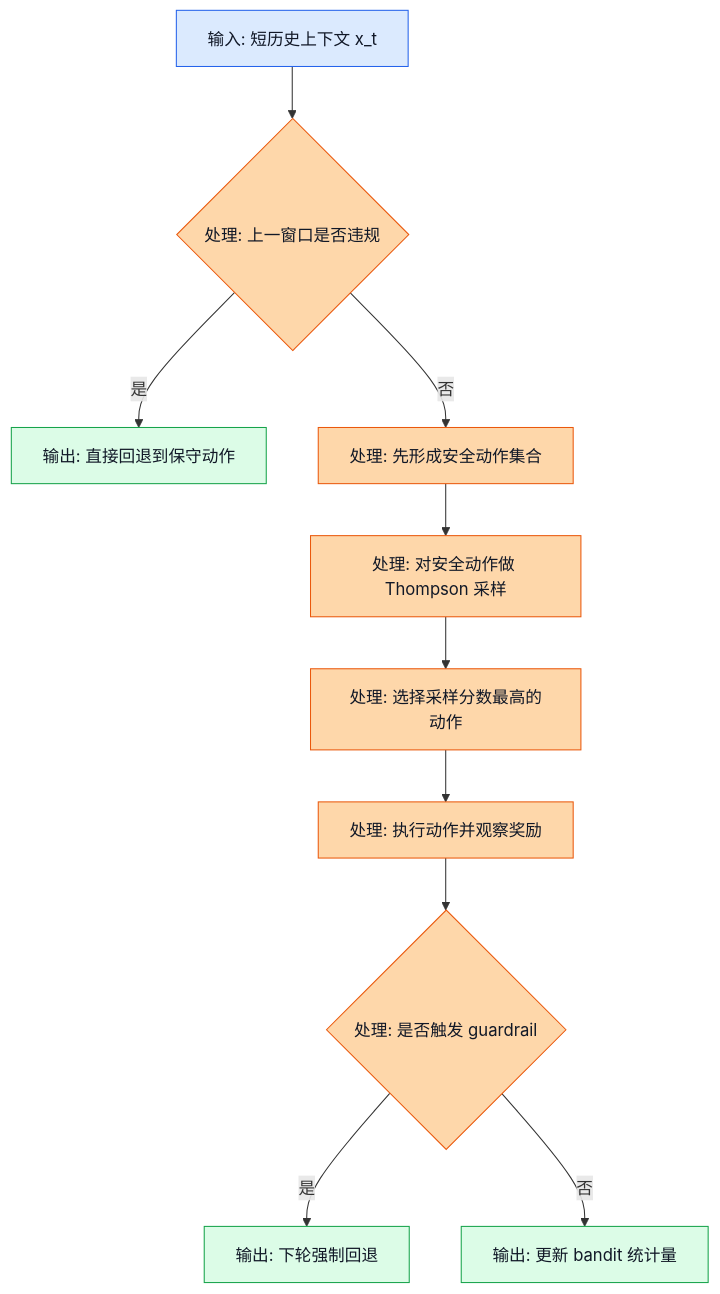
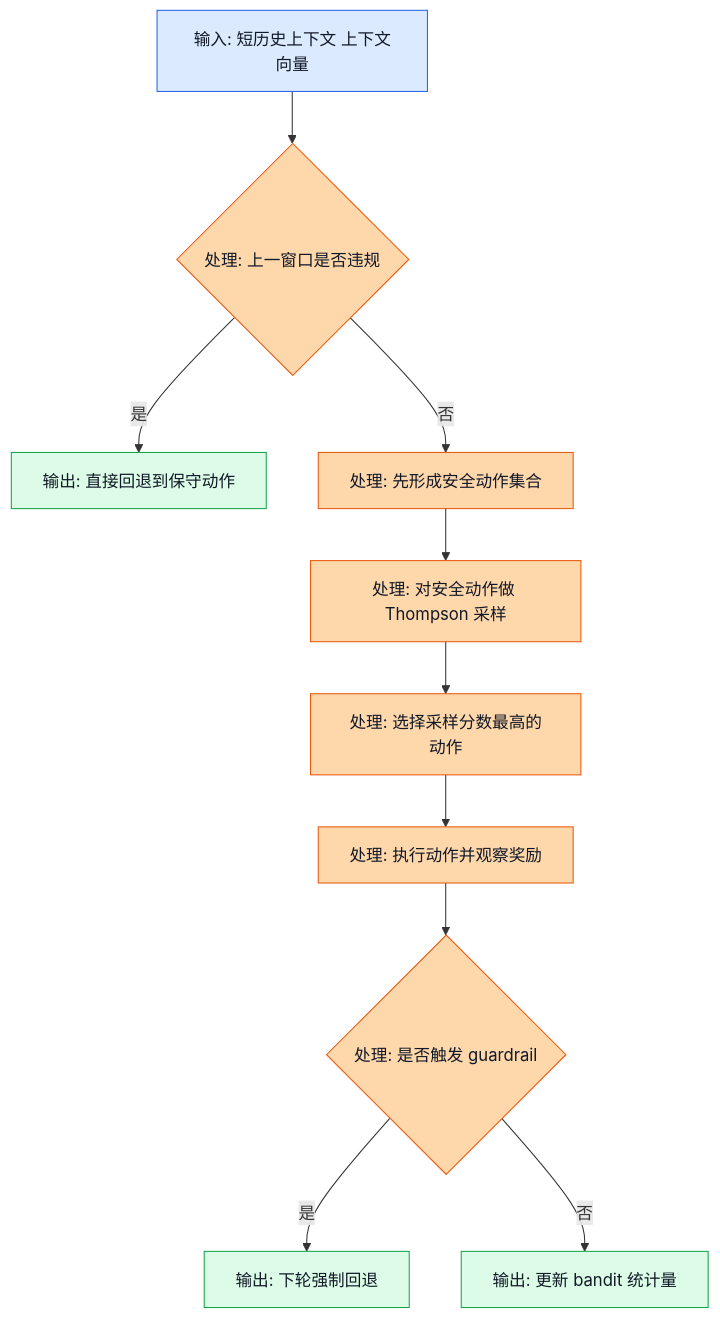
Before and after one commit to Mrphase/RL-Doc: the third of 4 diagrams in learn/06_Safe_Contextual_Bandit.md, drawn with Mermaid. The commit also changed other lines of this file and 14 other files, not shown here.

First line of the commit message:
fix: clean mermaid labels in learn docs

````diff
--- a/learn/06_Safe_Contextual_Bandit.md
+++ b/learn/06_Safe_Contextual_Bandit.md
@@ -510,20 +510,20 @@
 ```mermaid
 flowchart TD
-    A[输入: 短历史上下文 x_t] --> B{处理: 上一窗口是否违规}
+    A[输入: 短历史上下文 上下文向量] --> B{处理: 上一窗口是否违规}
     B -->|是| C[输出: 直接回退到保守动作]
     B -->|否| D[处理: 先形成安全动作集合]
     D --> E[处理: 对安全动作做 Thompson 采样]
     E --> F[处理: 选择采样分数最高的动作]
     F --> G[处理: 执行动作并观察奖励]
     G --> H{处理: 是否触发 guardrail}
     H -->|是| I[输出: 下轮强制回退]
     H -->|否| J[输出: 更新 bandit 统计量]
 
     classDef input fill:#dbeafe,stroke:#2563eb,color:#111827;
     classDef process fill:#fed7aa,stroke:#ea580c,color:#111827;
     classDef output fill:#dcfce7,stroke:#16a34a,color:#111827;
 
     class A input
     class B,D,E,F,G,H process
     class C,I,J output
 ```
````
